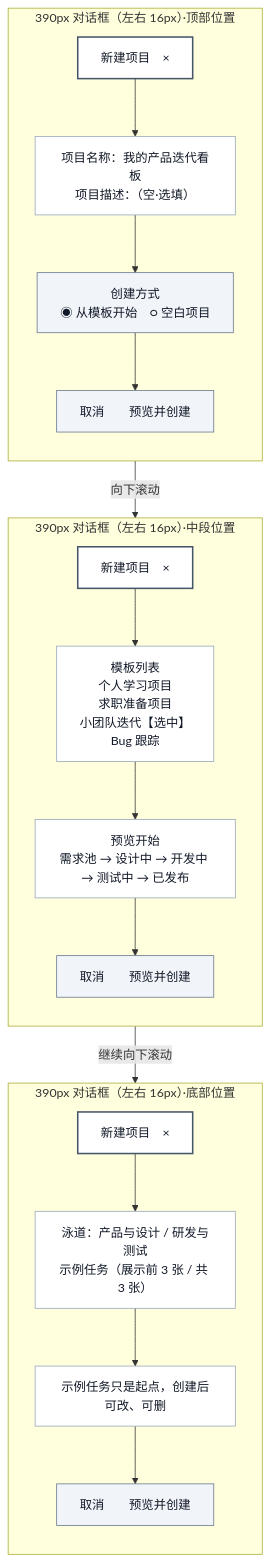
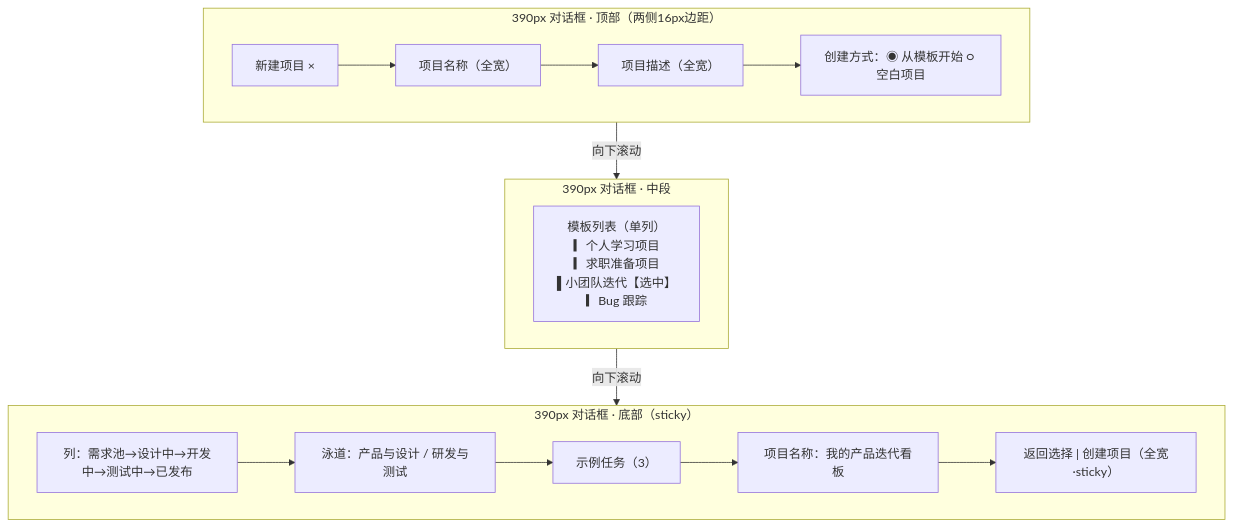
One commit to tangtongqing/kanboard-onboarding-optimization changed the eighth of 10 diagrams in docs/05-validation/低保真对照测试资产-PD-010C.md. Above: the diagram before and after it, drawn with Mermaid. The commit also changed other lines of this file and 146 other files, not shown here.

````diff
--- a/docs/05-validation/低保真对照测试资产-PD-010C.md
+++ b/docs/05-validation/低保真对照测试资产-PD-010C.md
@@ -379,38 +336,23 @@
 ```mermaid
 flowchart TB
-    subgraph T08_TOP["390px 对话框（左右 16px）·顶部位置"]
-        direction TB
-        T08_HEAD_TOP["新建项目　×"]
-        T08_CONTENT_TOP["项目名称：我的产品迭代看板<br/>项目描述：（空·选填）"]
-        T08_MODE_TOP["创建方式<br/>◉ 从模板开始　○ 空白项目"]
-        T08_ACT_TOP["取消　　预览并创建"]
-        T08_HEAD_TOP --> T08_CONTENT_TOP --> T08_MODE_TOP --> T08_ACT_TOP
+    subgraph TOP_B["390px 对话框 · 顶部（两侧16px边距）"]
+        T_HEAD_B["新建项目 ×"]
+        T_NAME_B["项目名称（全宽）"]
+        T_DESC_B["项目描述（全宽）"]
+        T_MODE_B["创建方式：◉ 从模板开始 ○ 空白项目"]
+        T_HEAD_B --> T_NAME_B --> T_DESC_B --> T_MODE_B
     end
-
-    subgraph T08_MID["390px 对话框（左右 16px）·中段位置"]
-        direction TB
-        T08_HEAD_MID["新建项目　×"]
-        T08_LIST_MID["模板列表<br/>个人学习项目<br/>求职准备项目<br/>小团队迭代【选中】<br/>Bug 跟踪"]
-        T08_PREVIEW_MID["预览开始<br/>需求池 → 设计中 → 开发中 → 测试中 → 已发布"]
-        T08_ACT_MID["取消　　预览并创建"]
-        T08_HEAD_MID --> T08_LIST_MID --> T08_PREVIEW_MID --> T08_ACT_MID
+    subgraph MID_B["390px 对话框 · 中段"]
+        M_LIST_B["模板列表（单列）<br/>▎个人学习项目<br/>▎求职准备项目<br/>▌小团队迭代【选中】<br/>▎Bug 跟踪"]
     end
-
-    subgraph T08_BOT["390px 对话框（左右 16px）·底部位置"]
-        direction TB
-        T08_HEAD_BOT["新建项目　×"]
-        T08_PREVIEW_BOT["泳道：产品与设计 / 研发与测试<br/>示例任务（展示前 3 张 / 共 3 张）"]
-        T08_HINT_BOT["示例任务只是起点，创建后可改、可删"]
-        T08_ACT_BOT["取消　　预览并创建"]
-        T08_HEAD_BOT --> T08_PREVIEW_BOT --> T08_HINT_BOT --> T08_ACT_BOT
+    subgraph BOT_B["390px 对话框 · 底部（sticky）"]
+        B_COLS_B["列：需求池→设计中→开发中→测试中→已发布"]
+        B_LANES_B["泳道：产品与设计 / 研发与测试"]
+        B_CARDS_B["示例任务（3）"]
+        B_NAME_B["项目名称：我的产品迭代看板"]
+        B_ACTS_B["返回选择 | 创建项目（全宽·sticky）"]
+        B_COLS_B --> B_LANES_B --> B_CARDS_B --> B_NAME_B --> B_ACTS_B
     end
-
-    T08_TOP -->|"向下滚动"| T08_MID -->|"继续向下滚动"| T08_BOT
-
-    classDef frame fill:#ffffff,stroke:#475569,color:#111827,stroke-width:2px;
-    classDef control fill:#f1f5f9,stroke:#64748b,color:#111827;
-    classDef content fill:#ffffff,stroke:#94a3b8,color:#111827;
-    class T08_HEAD_TOP,T08_HEAD_MID,T08_HEAD_BOT frame;
-    class T08_MODE_TOP,T08_ACT_TOP,T08_ACT_MID,T08_ACT_BOT control;
-    class T08_CONTENT_TOP,T08_LIST_MID,T08_PREVIEW_MID,T08_PREVIEW_BOT,T08_HINT_BOT content;
+    TOP_B -->|"向下滚动"| MID_B
+    MID_B -->|"向下滚动"| BOT_B
 ```
````
